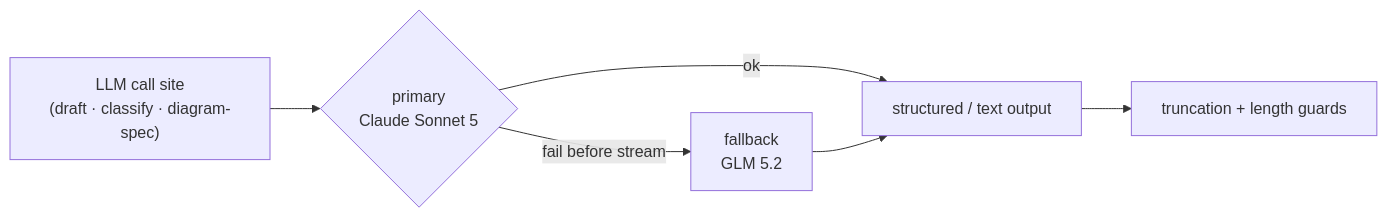
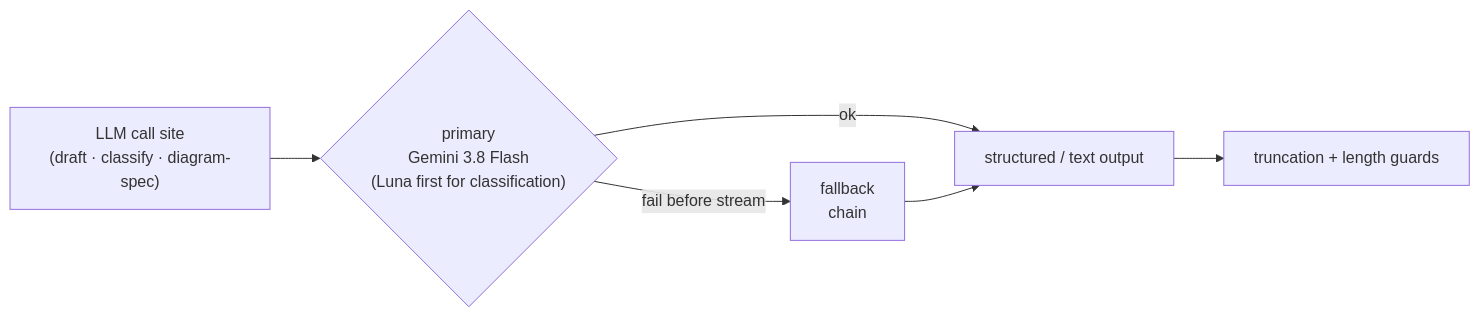
One commit to imranshaikh-commits/iv-sarvam changed the fourth of 5 diagrams in README.md. Above: the diagram before and after it, drawn with Mermaid. The commit also changed other lines of this file, not shown here.

````diff
--- a/README.md
+++ b/README.md
@@ -715,8 +383,8 @@
 ```mermaid
 flowchart LR
-    CALL["LLM call site<br/>(draft · classify · diagram-spec)"] --> P{"primary<br/>Claude Sonnet 5"}
+    CALL["LLM call site<br/>(draft · classify · diagram-spec)"] --> P{"primary<br/>Gemini 3.8 Flash<br/>(Luna first for classification)"}
     P -->|ok| OUT["structured / text output"]
-    P -->|fail before stream| F["fallback<br/>GLM 5.2"]
+    P -->|fail before stream| F["fallback<br/>chain"]
     F --> OUT
     OUT --> GUARD["truncation + length guards"]
 ```
````
